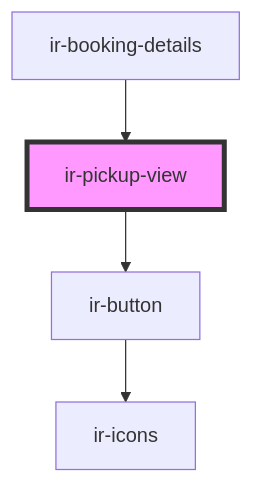
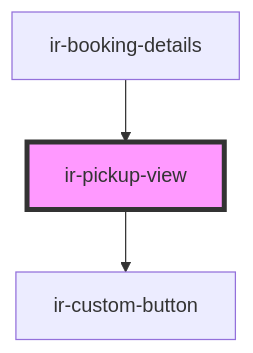
The diagram in src/components/ir-booking-details/ir-pickup-view/readme.md (David1Chowaifaty/modified-ir-webcmp), drawn with Mermaid before and after one commit. The commit also changed other lines of this file and 70 other files, not shown here.

````diff
--- a/src/components/ir-booking-details/ir-pickup-view/readme.md
+++ b/src/components/ir-booking-details/ir-pickup-view/readme.md
@@ -26,7 +26,6 @@
 ```mermaid
 graph TD;
-  ir-pickup-view --> ir-button
-  ir-button --> ir-icons
+  ir-pickup-view --> ir-custom-button
   ir-booking-details --> ir-pickup-view
   style ir-pickup-view fill:#f9f,stroke:#333,stroke-width:4px
 ```
````
